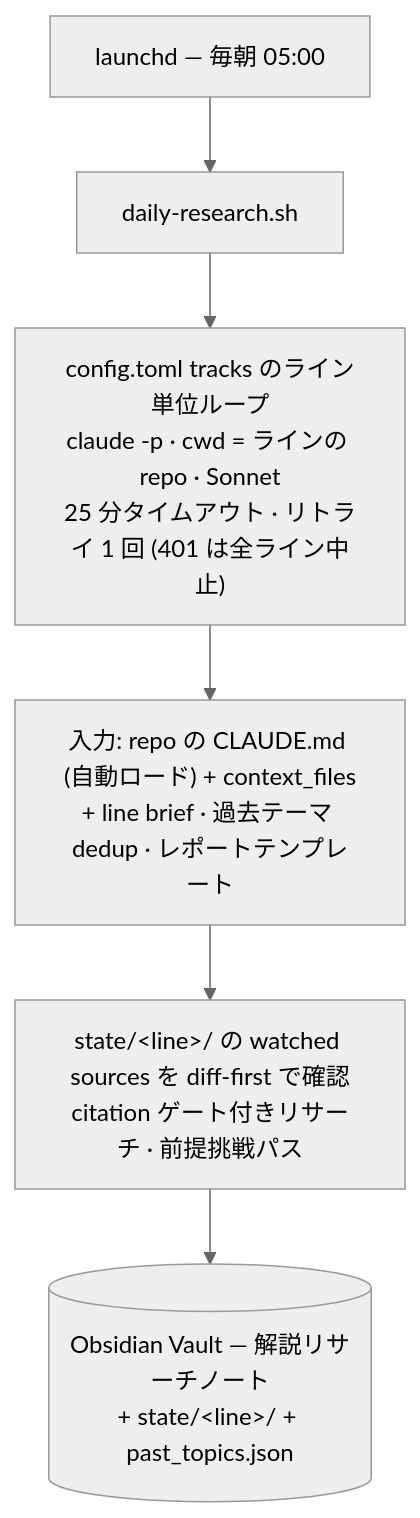
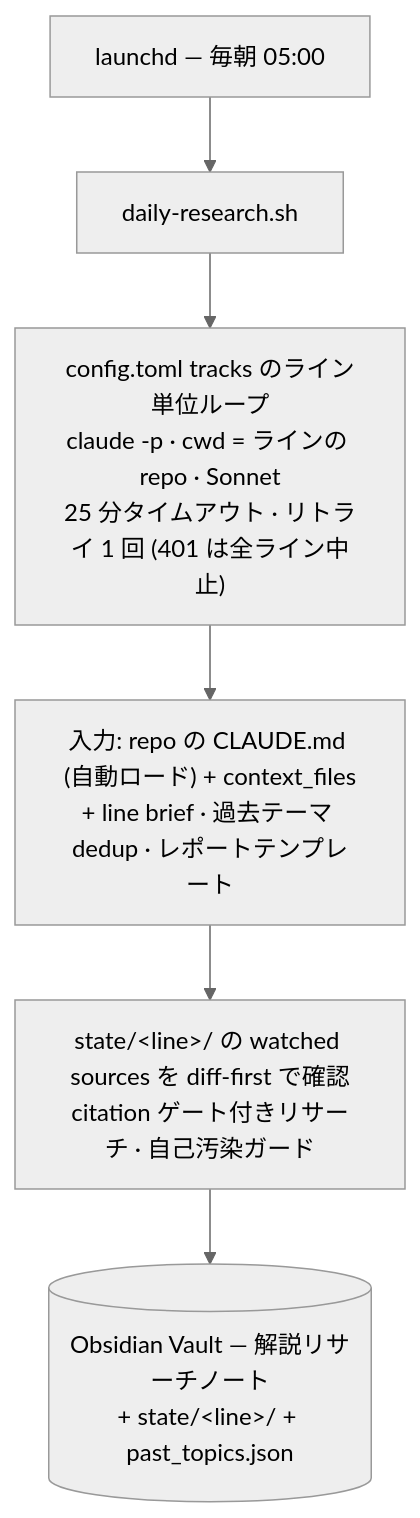
Before and after one commit to shimo4228/daily-research: the diagram in README.ja.md, drawn with Mermaid (neutral theme). The commit also changed other lines of this file and 21 other files, not shown here.

````diff
--- a/README.ja.md
+++ b/README.ja.md
@@ -15,8 +15,8 @@
 ```mermaid
 flowchart TD
     cron["launchd — 毎朝 05:00"] --> orch["daily-research.sh"]
     orch --> loop["config.toml tracks のライン単位ループ<br/>claude -p · cwd = ラインの repo · Sonnet<br/>25 分タイムアウト · リトライ 1 回 (401 は全ライン中止)"]
     loop --> ctx["入力: repo の CLAUDE.md (自動ロード) + context_files<br/>+ line brief · 過去テーマ dedup · レポートテンプレート"]
-    ctx --> run["state/&lt;line&gt;/ の watched sources を diff-first で確認<br/>citation ゲート付きリサーチ · 前提挑戦パス"]
+    ctx --> run["state/&lt;line&gt;/ の watched sources を diff-first で確認<br/>citation ゲート付きリサーチ · 自己汚染ガード"]
     run --> out[("Obsidian Vault — 解説リサーチノート<br/>+ state/&lt;line&gt;/ + past_topics.json")]
 ```
````
